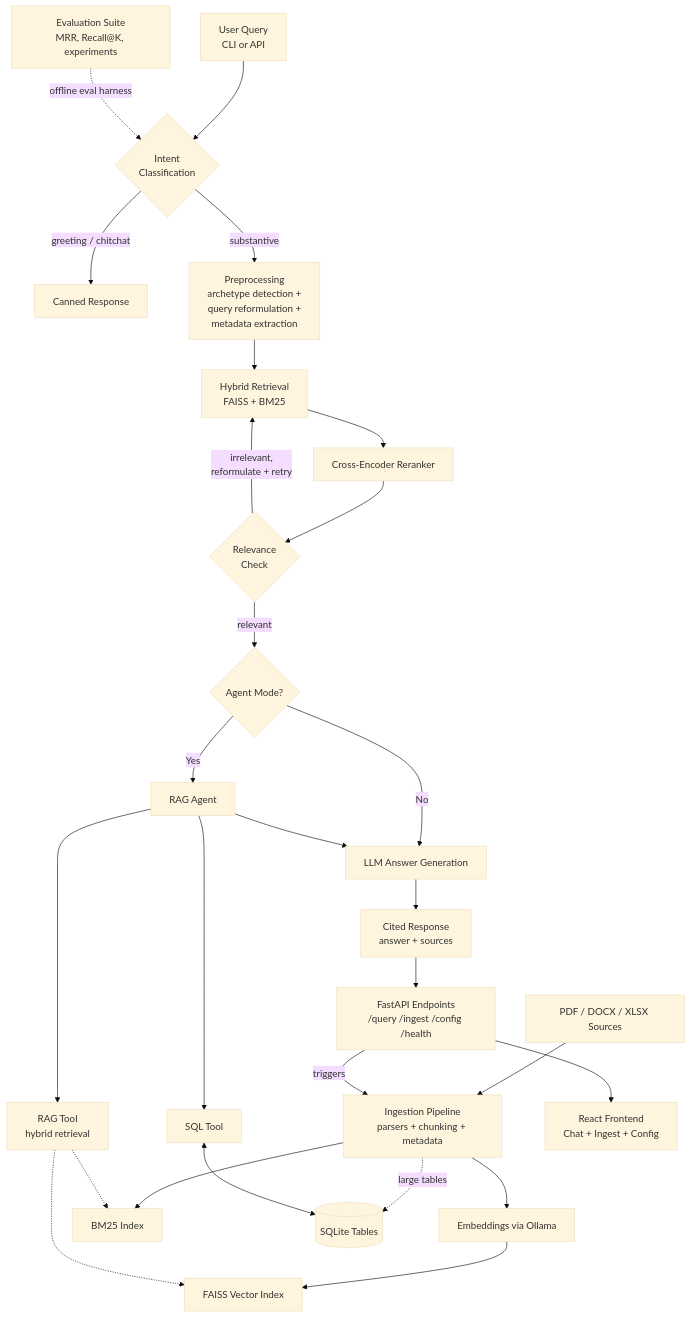
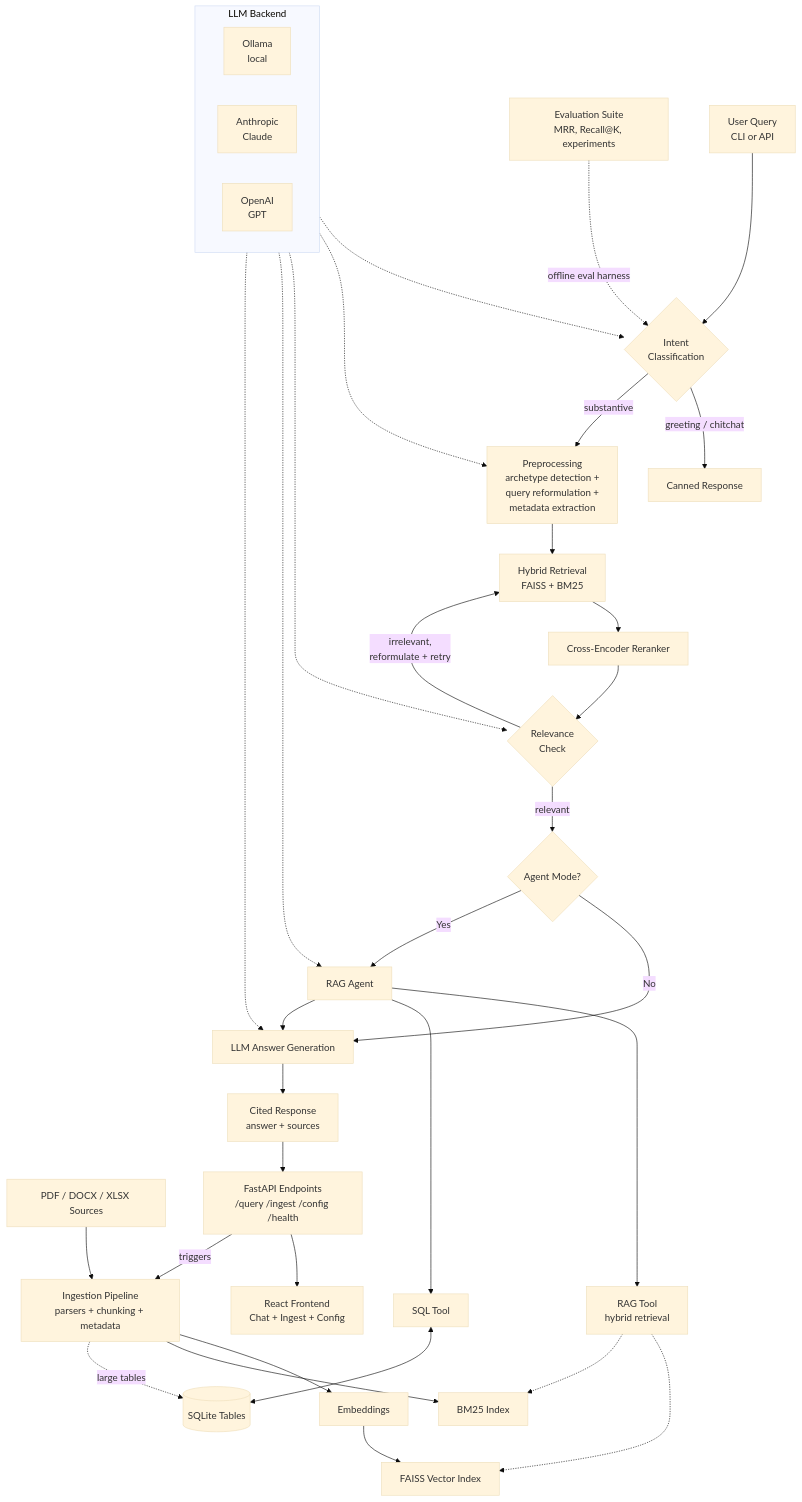
One commit to dpudzha/rag_science changed the diagram in README.md. Above: the diagram before and after it, drawn with Mermaid (base theme). The commit also changed other lines of this file, not shown here.

Commit message:
docs: update README to reflect pluggable LLM backend support

````diff
--- a/README.md
+++ b/README.md
@@ -23,37 +23,49 @@
 ```mermaid
 flowchart TD
     A[PDF / DOCX / XLSX Sources] --> B[Ingestion Pipeline<br/>parsers + chunking + metadata]
-    B --> C[Embeddings via Ollama]
+    B --> C[Embeddings]
     B --> D[BM25 Index]
     C --> E[FAISS Vector Index]
     B -.->|large tables| DB[(SQLite Tables)]
+
+    subgraph LLMBackend[LLM Backend]
+        OL[Ollama<br/>local]
+        AN[Anthropic<br/>Claude]
+        OA[OpenAI<br/>GPT]
+    end
 
     U[User Query<br/>CLI or API] --> IC{Intent<br/>Classification}
 
     IC -- greeting / chitchat --> CR[Canned Response]
     IC -- substantive --> PP[Preprocessing<br/>archetype detection +<br/>query reformulation +<br/>metadata extraction]
 
     PP --> R[Hybrid Retrieval<br/>FAISS + BM25]
     R --> X[Cross-Encoder Reranker]
     X --> REL{Relevance<br/>Check}
     REL -- irrelevant,<br/>reformulate + retry --> R
     REL -- relevant --> AG{Agent Mode?}
 
     AG -- No --> L[LLM Answer Generation]
     AG -- Yes --> T[RAG Agent]
     T --> TR[RAG Tool<br/>hybrid retrieval]
     T --> TS[SQL Tool]
     TR -.-> E
     TR -.-> D
     TS <--> DB
     T --> L
 
+    LLMBackend -.-> IC
+    LLMBackend -.-> PP
+    LLMBackend -.-> REL
+    LLMBackend -.-> T
+    LLMBackend -.-> L
+
     L --> S[Cited Response<br/>answer + sources]
 
     S --> API[FastAPI Endpoints<br/>/query /ingest /config /health]
     API --> FE[React Frontend<br/>Chat + Ingest + Config]
 
     EVAL[Evaluation Suite<br/>MRR, Recall@K, experiments] -.->|offline eval harness| IC
 
     API -->|triggers| B
 ```
````
